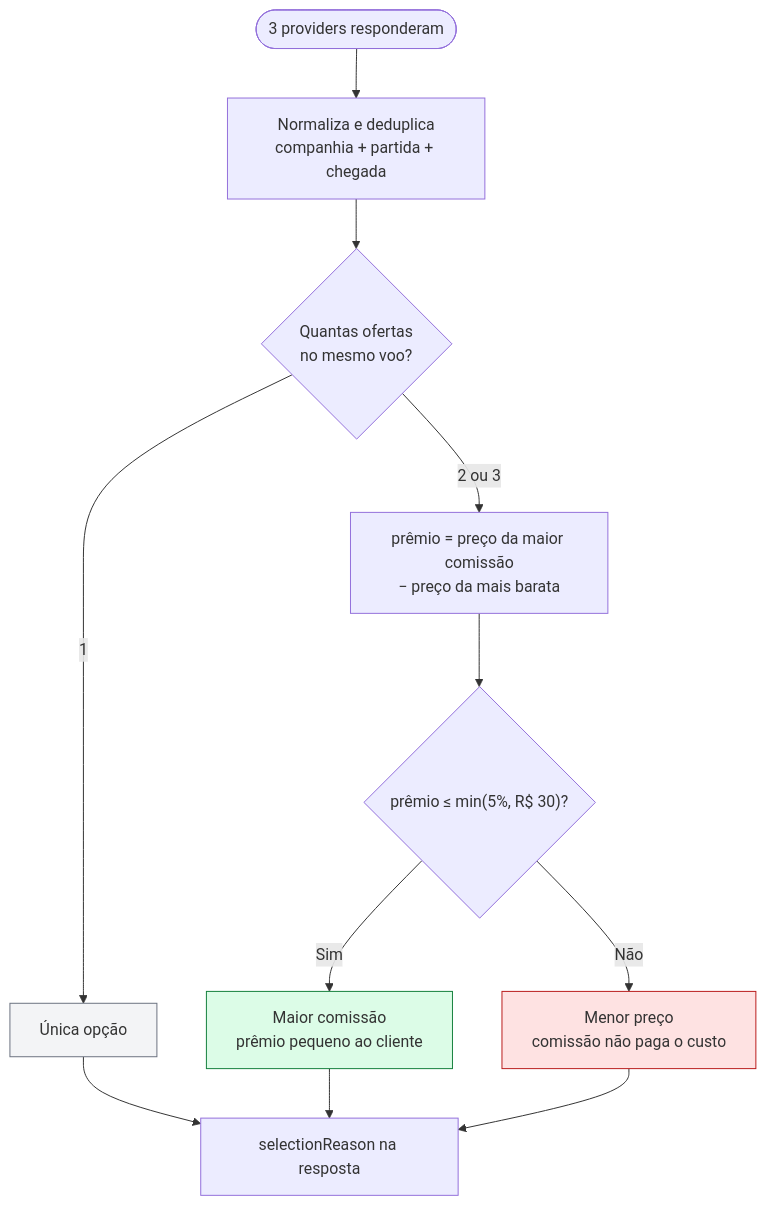
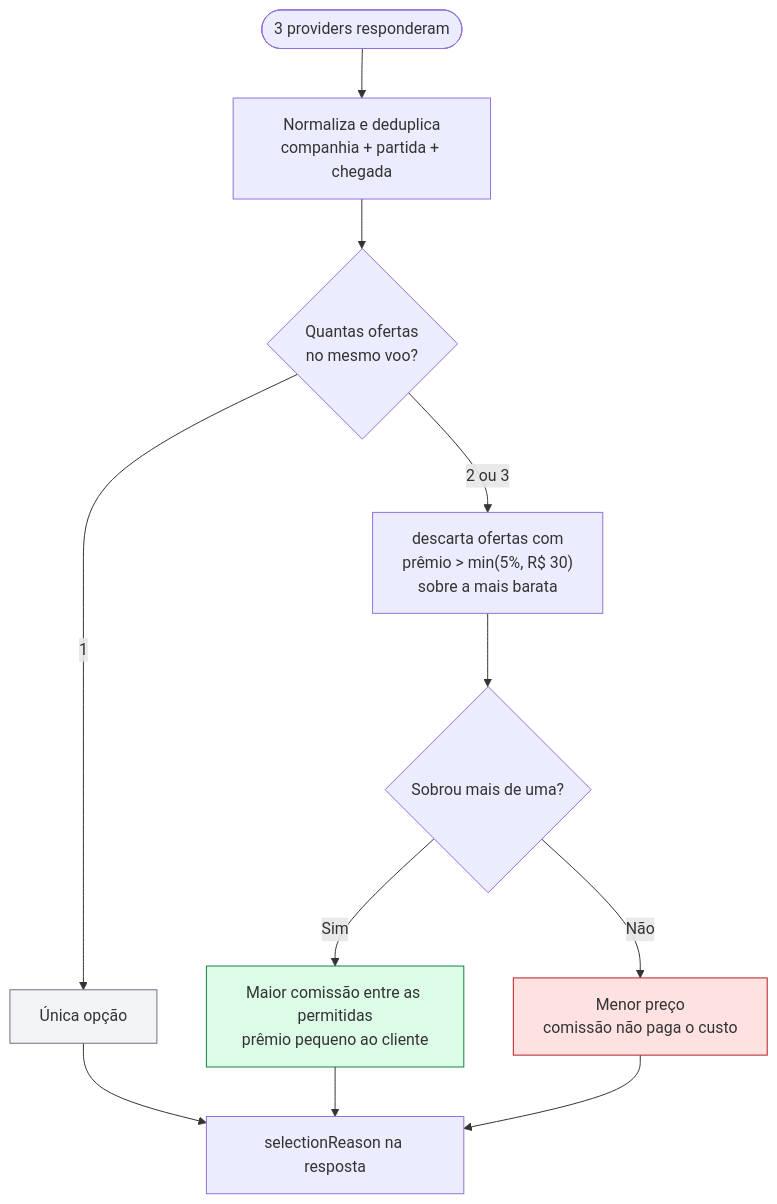
Before and after one commit to abelmagnag0/passhub-desafio: the first of 2 diagrams in README.md, drawn with Mermaid. The commit also changed other lines of this file and 2 other files, not shown here.

````diff
--- a/README.md
+++ b/README.md
@@ -46,23 +46,23 @@
 ```mermaid
 flowchart TD
     A(["3 providers responderam"]) --> B["Normaliza e deduplica<br/>companhia + partida + chegada"]
 
     B --> C{"Quantas ofertas<br/>no mesmo voo?"}
     C -->|"1"| D["Única opção"]
-    C -->|"2 ou 3"| E["prêmio = preço da maior comissão<br/>− preço da mais barata"]
+    C -->|"2 ou 3"| E["descarta ofertas com<br/>prêmio > min(5%, R$ 30)<br/>sobre a mais barata"]
 
-    E --> F{"prêmio ≤ min(5%, R$ 30)?"}
-    F -->|"Sim"| G["Maior comissão<br/>prêmio pequeno ao cliente"]
+    E --> F{"Sobrou mais de uma?"}
+    F -->|"Sim"| G["Maior comissão entre as permitidas<br/>prêmio pequeno ao cliente"]
     F -->|"Não"| H["Menor preço<br/>comissão não paga o custo"]
 
     D --> I["selectionReason na resposta"]
     G --> I
     H --> I
 
     classDef ok fill:#dcfce7,stroke:#15803d
     classDef warn fill:#fee2e2,stroke:#b91c1c
     classDef neutral fill:#f3f4f6,stroke:#6b7280
     class G ok
     class H warn
     class D neutral
 ```
````
